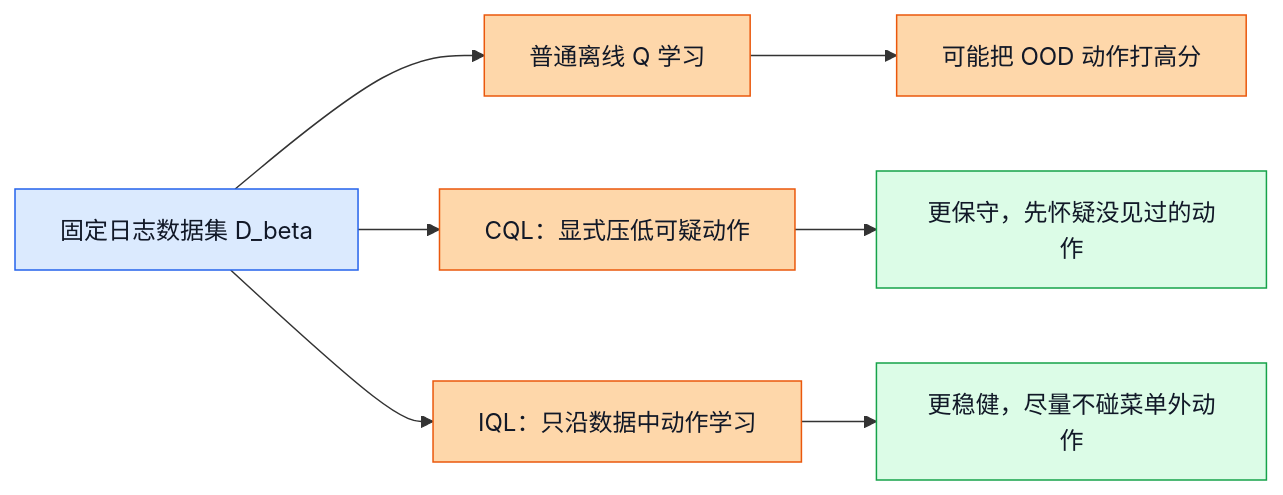
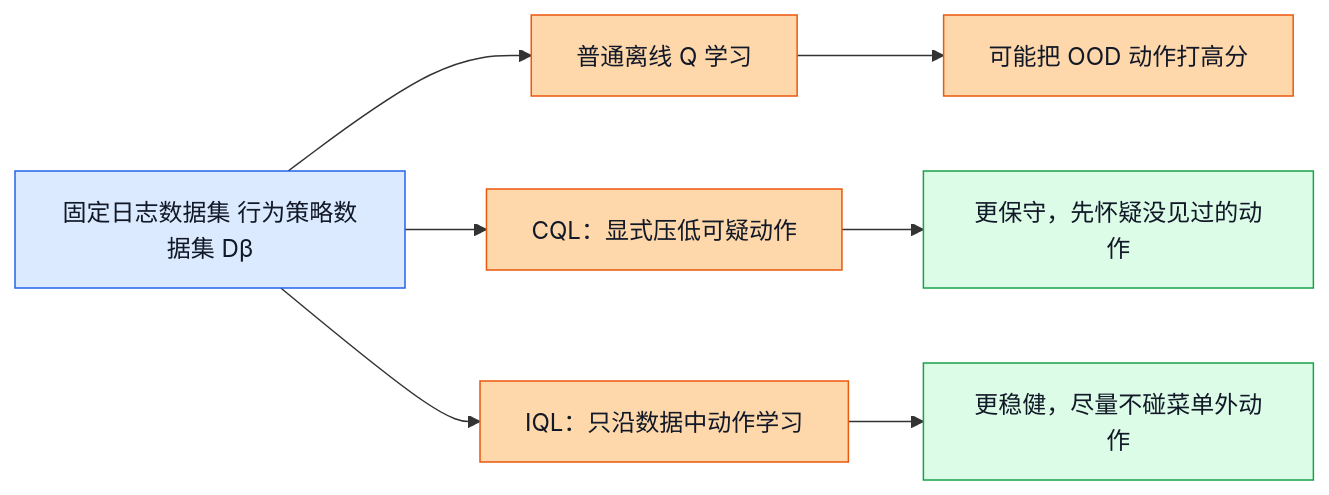
The fifth of 5 diagrams in learn/14_Offline_RL_Fundamentals.md (Mrphase/RL-Doc), drawn with Mermaid before and after one commit. The commit also changed other lines of this file and 14 other files, not shown here.

First line of the commit message:
fix: clean mermaid labels in learn docs

````diff
--- a/learn/14_Offline_RL_Fundamentals.md
+++ b/learn/14_Offline_RL_Fundamentals.md
@@ -567,17 +567,17 @@
 ```mermaid
 flowchart LR
-    A["固定日志数据集 D_beta"] --> B["普通离线 Q 学习"]
+    A["固定日志数据集 行为策略数据集 Dβ"] --> B["普通离线 Q 学习"]
     A --> C["CQL：显式压低可疑动作"]
     A --> D["IQL：只沿数据中动作学习"]
     B --> E["可能把 OOD 动作打高分"]
     C --> F["更保守，先怀疑没见过的动作"]
     D --> G["更稳健，尽量不碰菜单外动作"]
 
     classDef input fill:#dbeafe,stroke:#2563eb,color:#111827;
     classDef process fill:#fed7aa,stroke:#ea580c,color:#111827;
     classDef output fill:#dcfce7,stroke:#16a34a,color:#111827;
 
     class A input;
     class B,C,D,E process;
     class F,G output;
 ```
````
